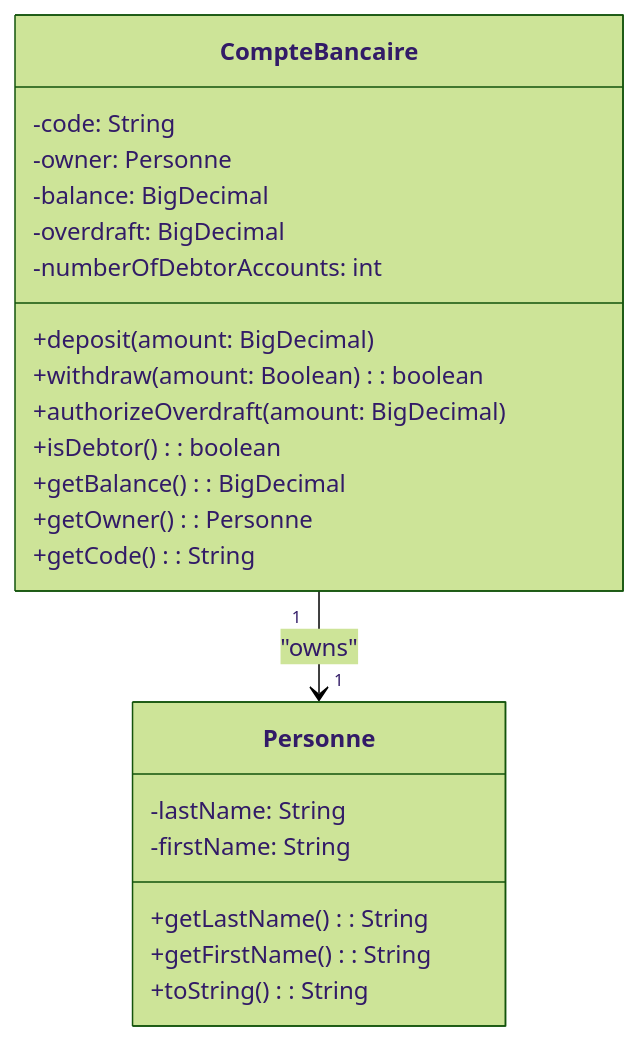
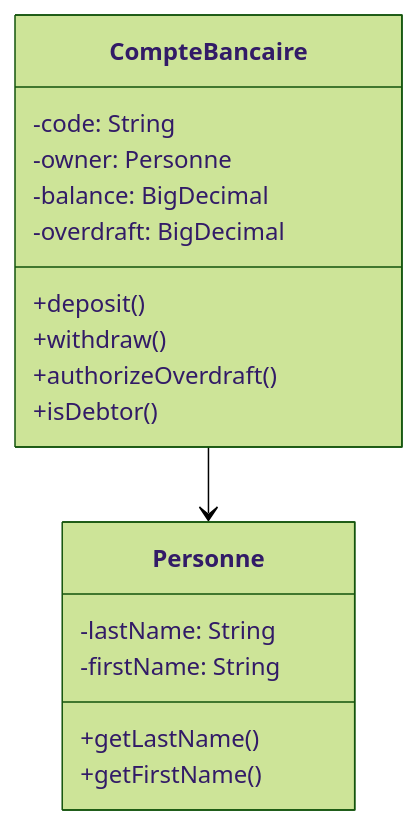
Before and after one commit to Lagmouchyoussef/java-oop-bank-store---Simple-and-descriptive: the first of 2 diagrams in README.md, drawn with Mermaid (forest theme). The commit also changed other lines of this file, not shown here.

````diff
--- a/README.md
+++ b/README.md
@@ -341,27 +137,22 @@
 ```mermaid
 classDiagram
     class Personne {
         -lastName: String
         -firstName: String
-        +getLastName(): String
-        +getFirstName(): String
-        +toString(): String
+        +getLastName()
+        +getFirstName()
     }
     
     class CompteBancaire {
         -code: String
         -owner: Personne
         -balance: BigDecimal
         -overdraft: BigDecimal
-        -numberOfDebtorAccounts: int
-        +deposit(amount: BigDecimal)
-        +withdraw(amount: Boolean): boolean
-        +authorizeOverdraft(amount: BigDecimal)
-        +isDebtor(): boolean
-        +getBalance(): BigDecimal
-        +getOwner(): Personne
-        +getCode(): String
+        +deposit()
+        +withdraw()
+        +authorizeOverdraft()
+        +isDebtor()
     }
     
-    CompteBancaire "1" --> "1" Personne : "owns"
+    CompteBancaire --> Personne
 ```
````
